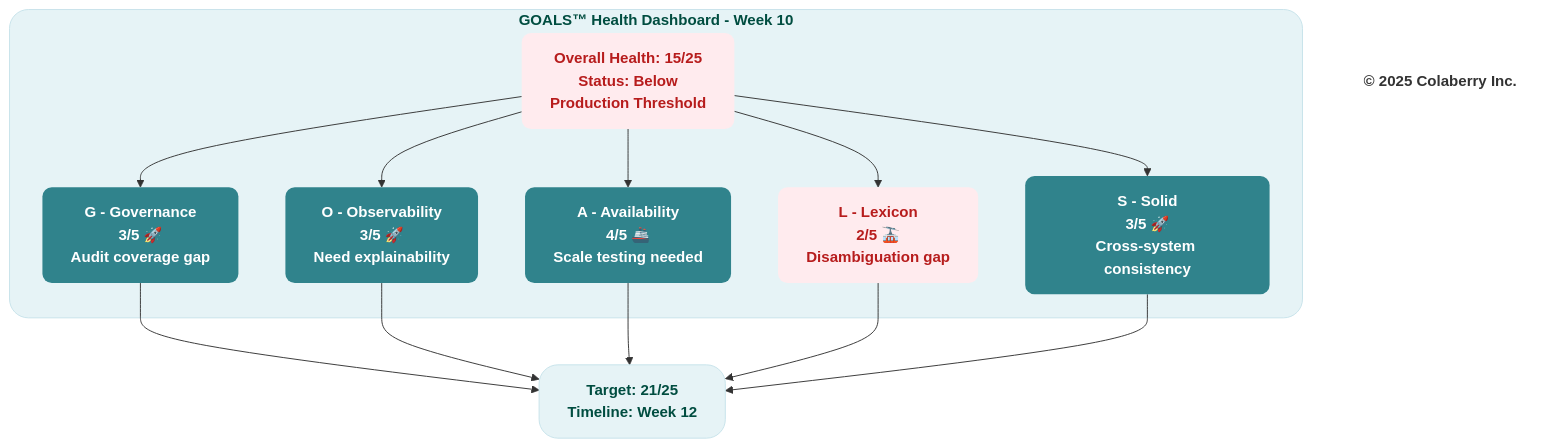
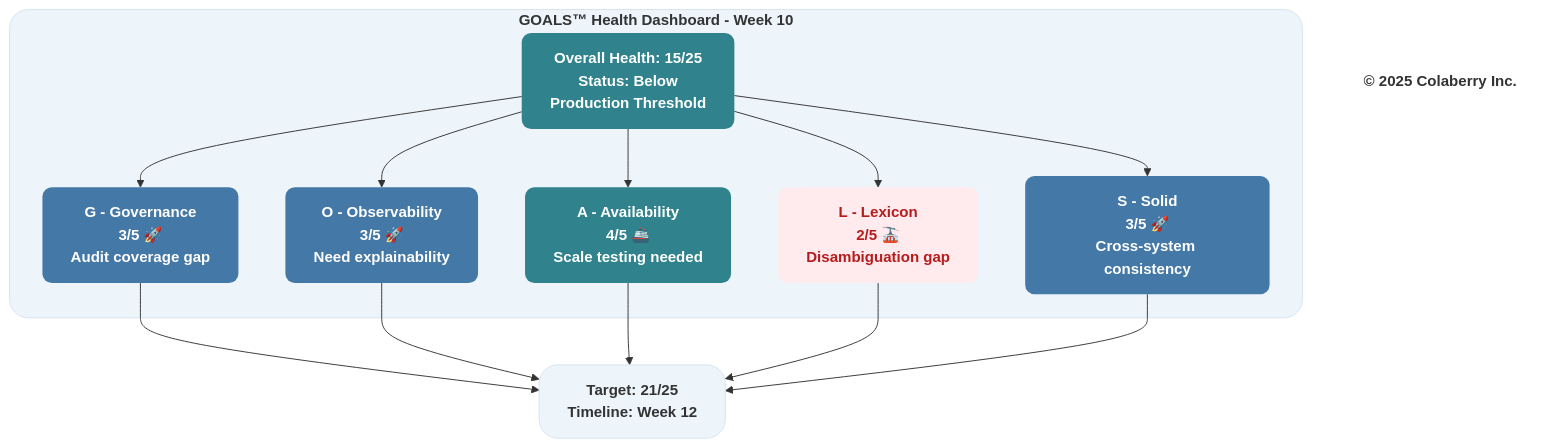
Before and after one commit to saitejesh-cyber/trust-before-intelligence-book: the diagram in mermaid-source/figure-7-4.mmd, drawn with Mermaid. The commit also changed 21 other files, not shown here.

Commit message:
Address Ram feedback for Chapter 4-9 figure palette alignment

```diff
--- a/mermaid-source/figure-7-4.mmd
+++ b/mermaid-source/figure-7-4.mmd
@@ -1,36 +1,36 @@
 graph TB
     subgraph DASHBOARD["<b>GOALS™ Health Dashboard - Week 10</b>"]
         TITLE["<b>Overall Health: 15/25</b><br/><b>Status: Below <br/>Production Threshold</b>"]
         
         G["<b>G - Governance</b><br/><b>3/5 🚀</b><br/><b>Audit coverage gap</b>"]
         O["<b>O - Observability</b><br/><b>3/5 🚀</b><br/><b>Need explainability</b>"]
         A["<b>A - Availability</b><br/><b>4/5 🚢</b><br/><b>Scale testing needed</b>"]
         L["<b>L - Lexicon</b><br/><b>2/5 🚠</b><br/><b>Disambiguation gap</b>"]
         S["<b>S - Solid</b><br/><b>3/5 🚀</b><br/><b>Cross-system consistency</b>"]
     end
     
     TITLE --> G
     TITLE --> O
     TITLE --> A
     TITLE --> L
     TITLE --> S
     
     TARGET["<b>Target: 21/25</b><br/><b>Timeline: Week 12</b>"]
     
     G --> TARGET
     O --> TARGET
     A --> TARGET
     L --> TARGET
     S --> TARGET
     
-    style DASHBOARD fill:#e6f3f6,stroke:#c7e3ea,stroke-width:1px,color:#004d40,rx:20,ry:20
-    style TITLE fill:#ffebee,stroke:none,color:#b71c1c,rx:10,ry:10
-    style G fill:#30838C,stroke:none,color:#ffffff,rx:10,ry:10
-    style O fill:#30838C,stroke:none,color:#ffffff,rx:10,ry:10
+    style DASHBOARD fill:#edf4fa,stroke:#d6e4f2,stroke-width:1px,color:#333333,rx:20,ry:20
+    style TITLE fill:#30838C,stroke:none,color:#ffffff,rx:10,ry:10
+    style G fill:#4478A6,stroke:none,color:#ffffff,rx:10,ry:10
+    style O fill:#4478A6,stroke:none,color:#ffffff,rx:10,ry:10
     style A fill:#30838C,stroke:none,color:#ffffff,rx:10,ry:10
     style L fill:#ffebee,stroke:none,color:#b71c1c,rx:10,ry:10
-    style S fill:#30838C,stroke:none,color:#ffffff,rx:10,ry:10
-    style TARGET fill:#e6f3f6,stroke:#c7e3ea,stroke-width:1px,color:#004d40,rx:20,ry:20
+    style S fill:#4478A6,stroke:none,color:#ffffff,rx:10,ry:10
+    style TARGET fill:#edf4fa,stroke:#d6e4f2,stroke-width:1px,color:#333333,rx:20,ry:20
     
     Copyright["<b>© 2025 Colaberry Inc.</b>"]
     style Copyright fill:none,stroke:none,color:#333333
```
